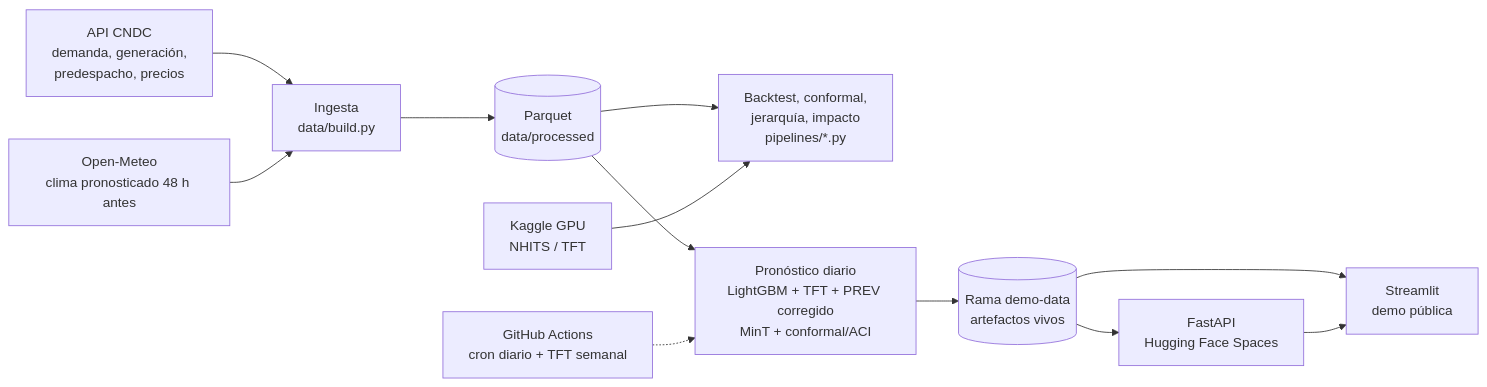
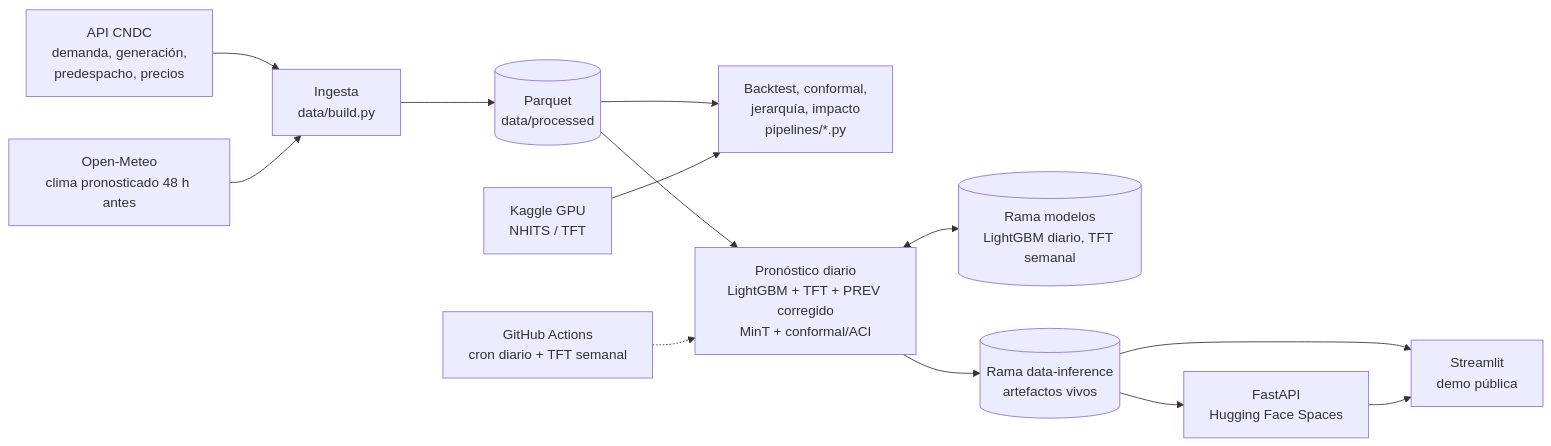
The second of 2 diagrams in README.md (freddxvill/forecast-energia-electrica-en-bolivia), drawn with Mermaid before and after one commit. The commit also changed other lines of this file and 10 other files, not shown here.

First line of the commit message:
Modelos versionados en la rama modelos y pronósticos en data-inference

````diff
--- a/README.md
+++ b/README.md
@@ -62,14 +62,15 @@
 ```mermaid
 flowchart LR
   A[API CNDC<br/>demanda, generación,<br/>predespacho, precios] --> I[Ingesta<br/>data/build.py]
   W[Open-Meteo<br/>clima pronosticado 48 h antes] --> I
   I --> P[(Parquet<br/>data/processed)]
   P --> B[Backtest, conformal,<br/>jerarquía, impacto<br/>pipelines/*.py]
   K[Kaggle GPU<br/>NHITS / TFT] --> B
   P --> D[Pronóstico diario<br/>LightGBM + TFT + PREV corregido<br/>MinT + conformal/ACI]
-  D --> R[(Rama demo-data<br/>artefactos vivos)]
+  D <--> MO[(Rama modelos<br/>LightGBM diario, TFT semanal)]
+  D --> R[(Rama data-inference<br/>artefactos vivos)]
   R --> API[FastAPI<br/>Hugging Face Spaces]
   R --> F[Streamlit<br/>demo pública]
   API --> F
   GH[GitHub Actions<br/>cron diario + TFT semanal] -.-> D
 ```
````
